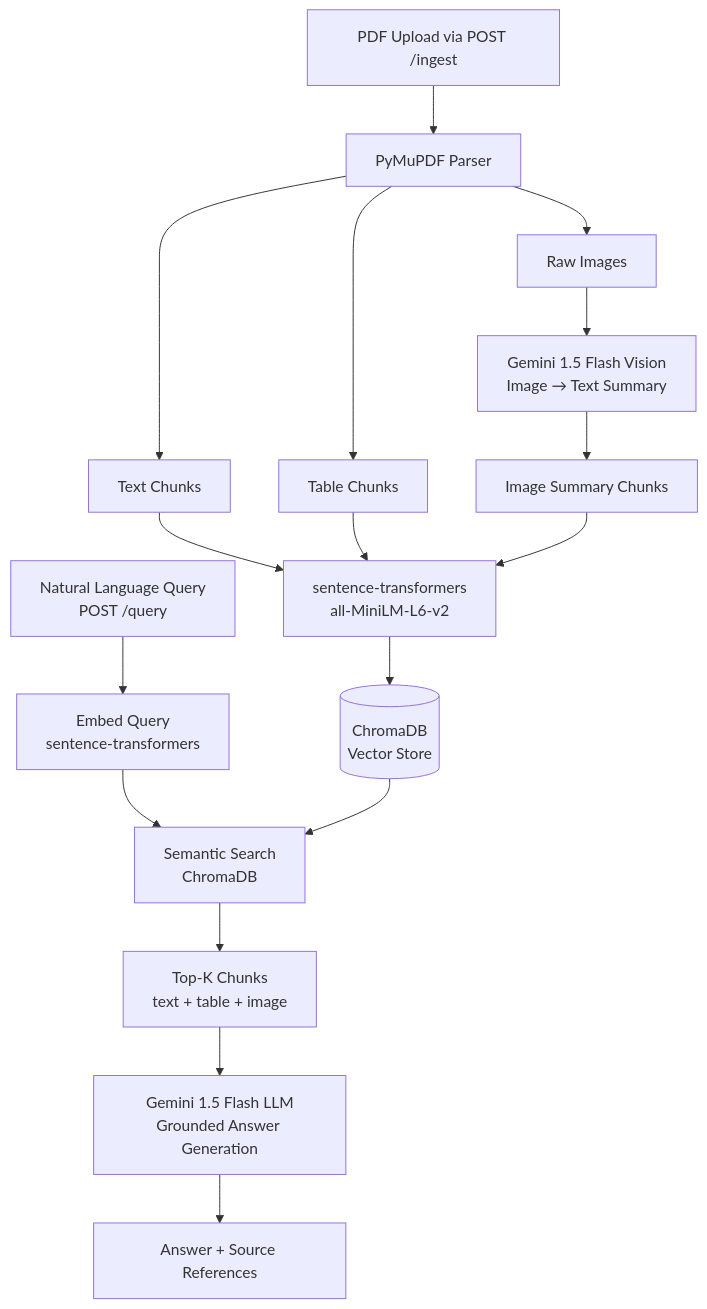
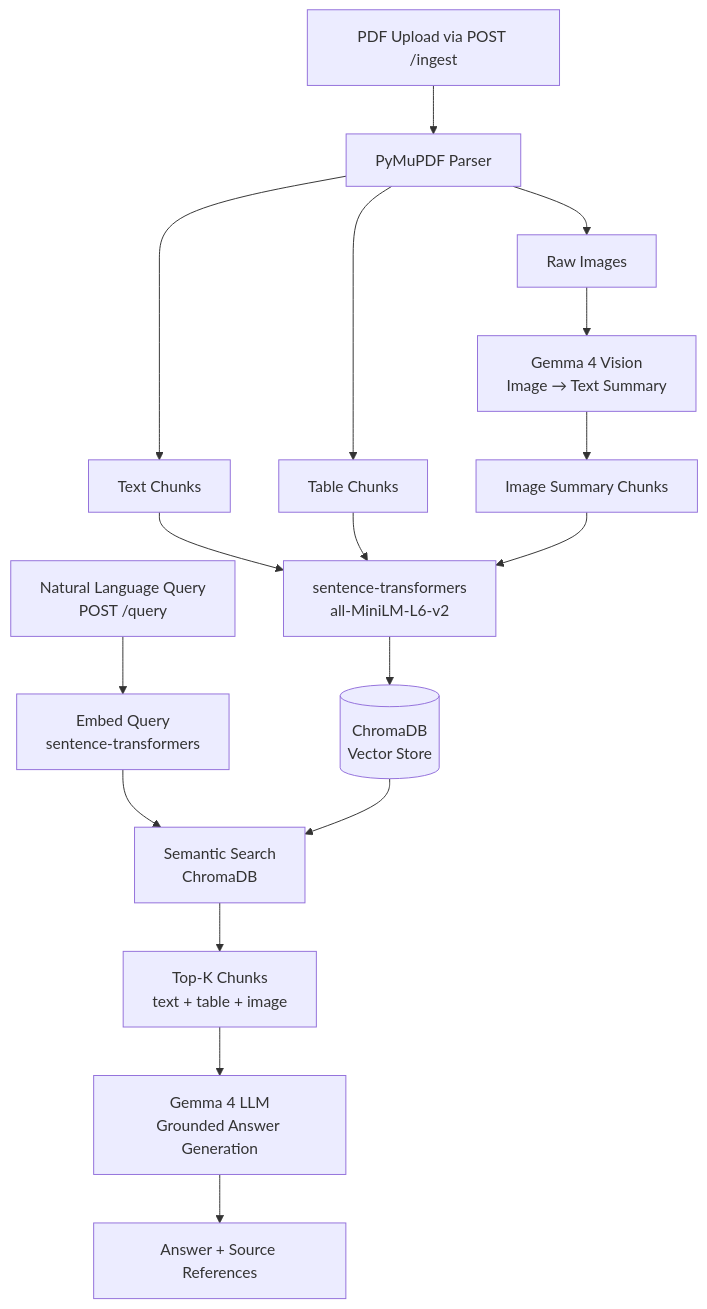
Before and after one commit to Rajiv1417/Rag_Chat_Assignement: the diagram in README.md, drawn with Mermaid. The commit also changed other lines of this file and 1 other file, not shown here.

Commit message:
Update README with Gemma 4 references and add new screenshots

````diff
--- a/README.md
+++ b/README.md
@@ -37,20 +37,20 @@
 ```mermaid
 graph TD
     A[PDF Upload via POST /ingest] --> B[PyMuPDF Parser]
     B --> C[Text Chunks]
     B --> D[Table Chunks]
     B --> E[Raw Images]
-    E --> F[Gemini 1.5 Flash Vision\nImage → Text Summary]
+    E --> F[Gemma 4 Vision\nImage → Text Summary]
     F --> G[Image Summary Chunks]
     C --> H[sentence-transformers\nall-MiniLM-L6-v2]
     D --> H
     G --> H
     H --> I[(ChromaDB\nVector Store)]
 
     J[Natural Language Query\nPOST /query] --> K[Embed Query\nsentence-transformers]
     K --> L[Semantic Search\nChromaDB]
     I --> L
     L --> M[Top-K Chunks\ntext + table + image]
-    M --> N[Gemini 1.5 Flash LLM\nGrounded Answer Generation]
+    M --> N[Gemma 4 LLM\nGrounded Answer Generation]
     N --> O[Answer + Source References]
 ```
````
